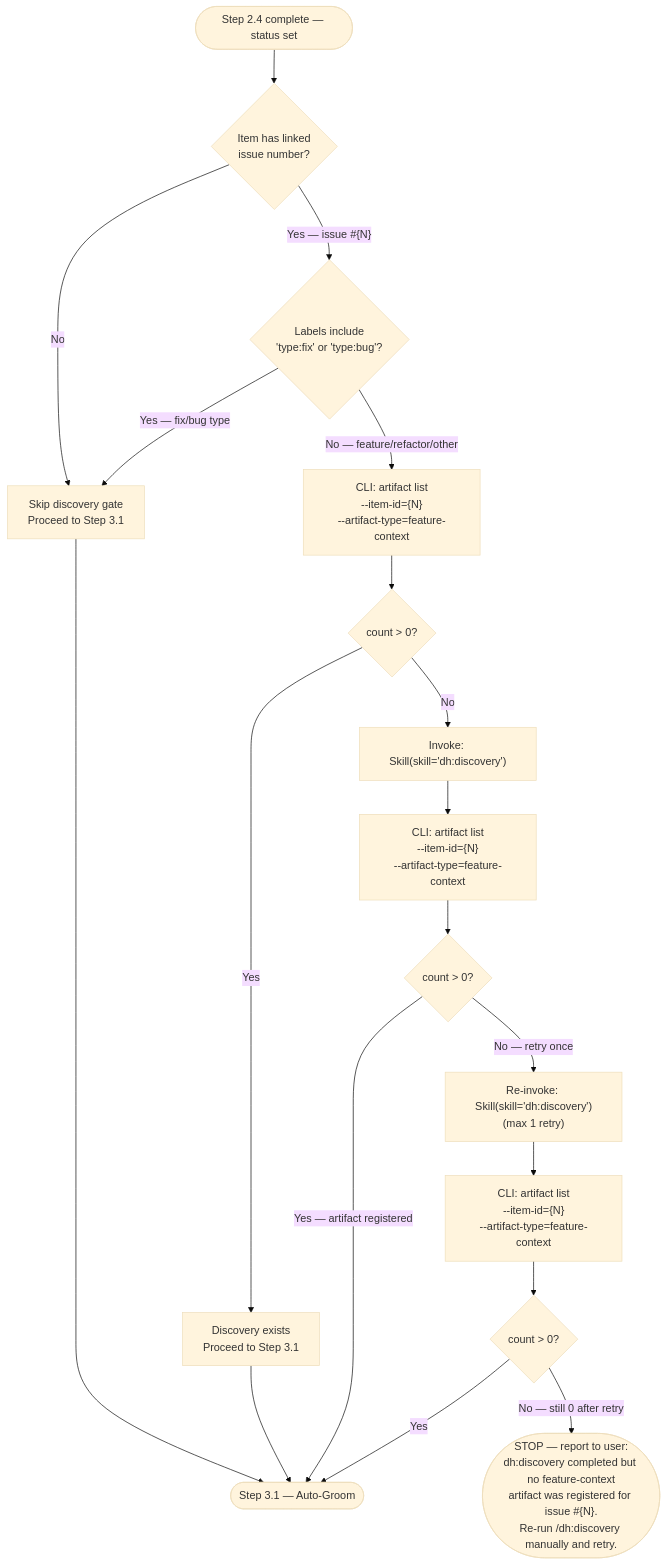
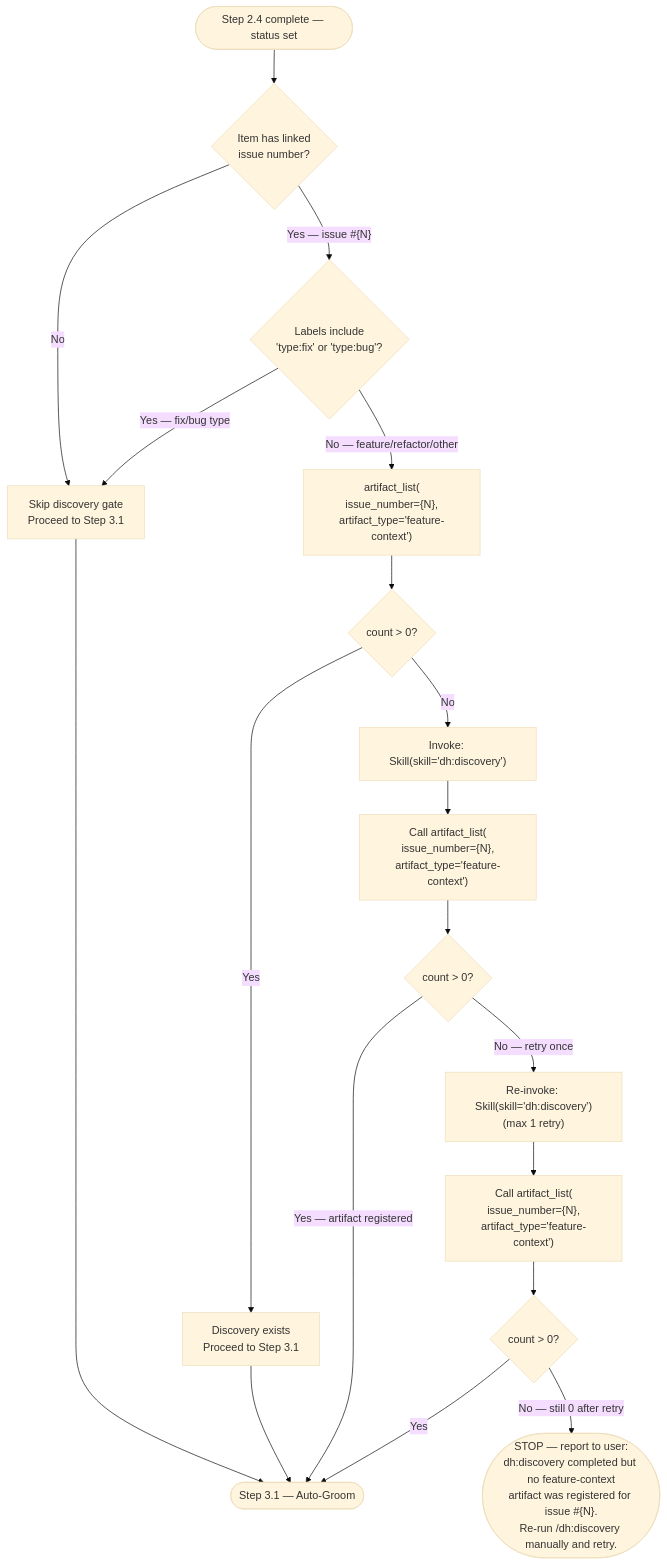
One commit to Jamie-BitFlight/claude_skills changed the diagram in plugins/development-harness/skills/work-backlog-item/references/workflows/work/validate.md. Above: the diagram before and after it, drawn with Mermaid (base theme). The commit also changed other lines of this file and 4 other files, not shown here.

First line of the commit message:
fix(backlog): use result.number as primary source for issue_number in summary

````diff
--- a/plugins/development-harness/skills/work-backlog-item/references/workflows/work/validate.md
+++ b/plugins/development-harness/skills/work-backlog-item/references/workflows/work/validate.md
@@ -29,21 +29,21 @@
 ```mermaid
 flowchart TD
     InProgress([Step 2.4 complete — status set]) --> HasIssue{"Item has linked<br>issue number?"}
     HasIssue -->|"No"| SkipGate["Skip discovery gate<br>Proceed to Step 3.1"]
     HasIssue -->|"Yes — issue #{N}"| TypeCheck{"Labels include<br>'type:fix' or 'type:bug'?"}
     TypeCheck -->|"Yes — fix/bug type"| SkipGate
-    TypeCheck -->|"No — feature/refactor/other"| CheckArtifact["CLI: artifact list<br>--item-id={N}<br>--artifact-type=feature-context"]
+    TypeCheck -->|"No — feature/refactor/other"| CheckArtifact["artifact_list(<br>issue_number={N},<br>artifact_type='feature-context')"]
     CheckArtifact --> HasDiscovery{"count > 0?"}
     HasDiscovery -->|"Yes"| Proceed["Discovery exists<br>Proceed to Step 3.1"]
     HasDiscovery -->|"No"| InvokeDiscovery["Invoke: Skill(skill='dh:discovery')"]
-    InvokeDiscovery --> VerifyDiscovery["CLI: artifact list<br>--item-id={N}<br>--artifact-type=feature-context"]
+    InvokeDiscovery --> VerifyDiscovery["Call artifact_list(<br>issue_number={N},<br>artifact_type='feature-context')"]
     VerifyDiscovery --> DiscoveryConfirmed{"count > 0?"}
     DiscoveryConfirmed -->|"Yes — artifact registered"| Continue
     DiscoveryConfirmed -->|"No — retry once"| RetryDiscovery["Re-invoke: Skill(skill='dh:discovery')<br>(max 1 retry)"]
-    RetryDiscovery --> VerifyRetry["CLI: artifact list<br>--item-id={N}<br>--artifact-type=feature-context"]
+    RetryDiscovery --> VerifyRetry["Call artifact_list(<br>issue_number={N},<br>artifact_type='feature-context')"]
     VerifyRetry --> RetryConfirmed{"count > 0?"}
     RetryConfirmed -->|"Yes"| Continue
     RetryConfirmed -->|"No — still 0 after retry"| DiscoveryFail(["STOP — report to user:<br>dh:discovery completed but no feature-context<br>artifact was registered for issue #{N}.<br>Re-run /dh:discovery manually and retry."])
     SkipGate --> Continue([Step 3.1 — Auto-Groom])
     Proceed --> Continue
 ```
````
